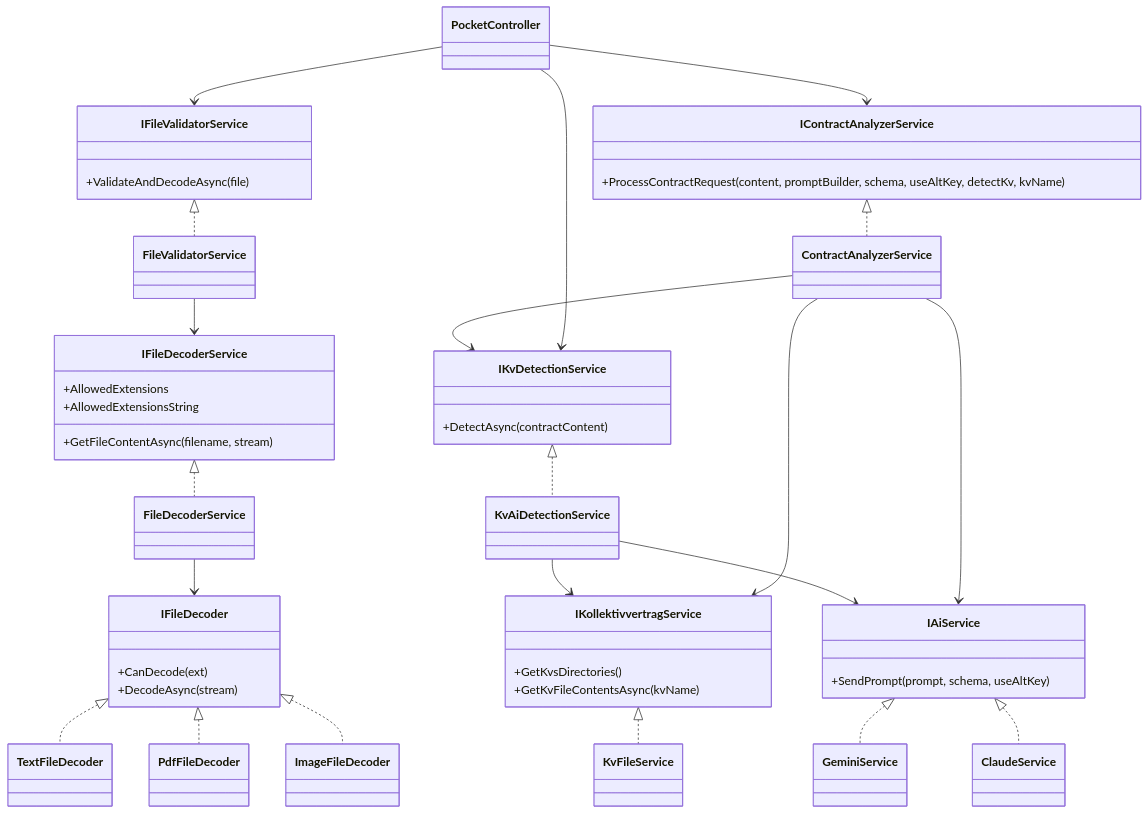
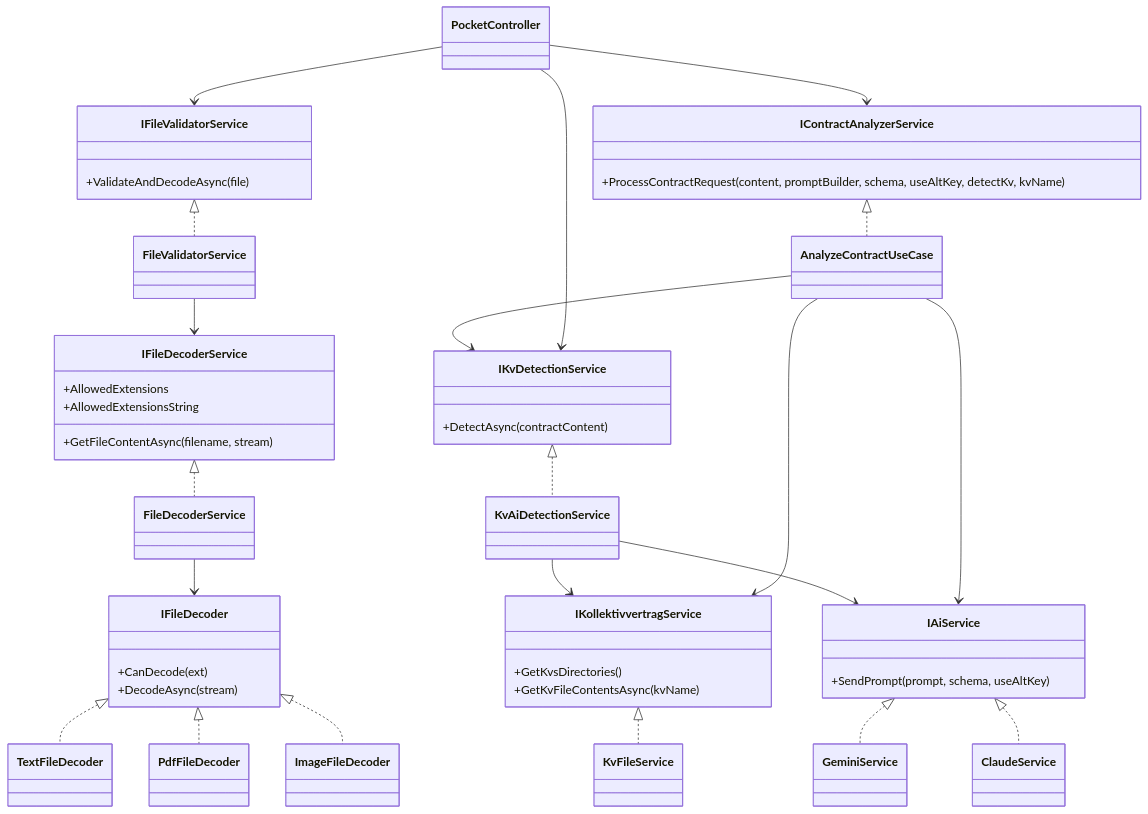
The sixth of 6 diagrams in docs/Diagrams/diagrams.md (sebastian-305/PocketLawyer), drawn with Mermaid before and after one commit. The commit also changed other lines of this file and 5 other files, not shown here.

````diff
--- a/docs/Diagrams/diagrams.md
+++ b/docs/Diagrams/diagrams.md
@@ -180,66 +180,66 @@
 ```mermaid
 classDiagram
     class IAiService {
         +SendPrompt(prompt, schema, useAltKey)
     }
     class GeminiService
     class ClaudeService
     IAiService <|.. GeminiService
     IAiService <|.. ClaudeService
 
     class IFileDecoder {
         +CanDecode(ext)
         +DecodeAsync(stream)
     }
     class TextFileDecoder
     class PdfFileDecoder
     class ImageFileDecoder
     IFileDecoder <|.. TextFileDecoder
     IFileDecoder <|.. PdfFileDecoder
     IFileDecoder <|.. ImageFileDecoder
 
     class IFileDecoderService {
         +AllowedExtensions
         +AllowedExtensionsString
         +GetFileContentAsync(filename, stream)
     }
     class FileDecoderService
     IFileDecoderService <|.. FileDecoderService
     FileDecoderService --> IFileDecoder
 
     class IFileValidatorService {
         +ValidateAndDecodeAsync(file)
     }
     class FileValidatorService
     IFileValidatorService <|.. FileValidatorService
     FileValidatorService --> IFileDecoderService
 
     class IKvDetectionService {
         +DetectAsync(contractContent)
     }
     class KvAiDetectionService
     IKvDetectionService <|.. KvAiDetectionService
     KvAiDetectionService --> IKollektivvertragService
     KvAiDetectionService --> IAiService
 
     class IKollektivvertragService {
         +GetKvsDirectories()
         +GetKvFileContentsAsync(kvName)
     }
     class KvFileService
     IKollektivvertragService <|.. KvFileService
 
     class IContractAnalyzerService {
         +ProcessContractRequest(content, promptBuilder, schema, useAltKey, detectKv, kvName)
     }
-    class ContractAnalyzerService
-    IContractAnalyzerService <|.. ContractAnalyzerService
-    ContractAnalyzerService --> IAiService
-    ContractAnalyzerService --> IKvDetectionService
-    ContractAnalyzerService --> IKollektivvertragService
+    class AnalyzeContractUseCase
+    IContractAnalyzerService <|.. AnalyzeContractUseCase
+    AnalyzeContractUseCase --> IAiService
+    AnalyzeContractUseCase --> IKvDetectionService
+    AnalyzeContractUseCase --> IKollektivvertragService
 
     class PocketController
     PocketController --> IFileValidatorService
     PocketController --> IKvDetectionService
     PocketController --> IContractAnalyzerService
 ```
````
